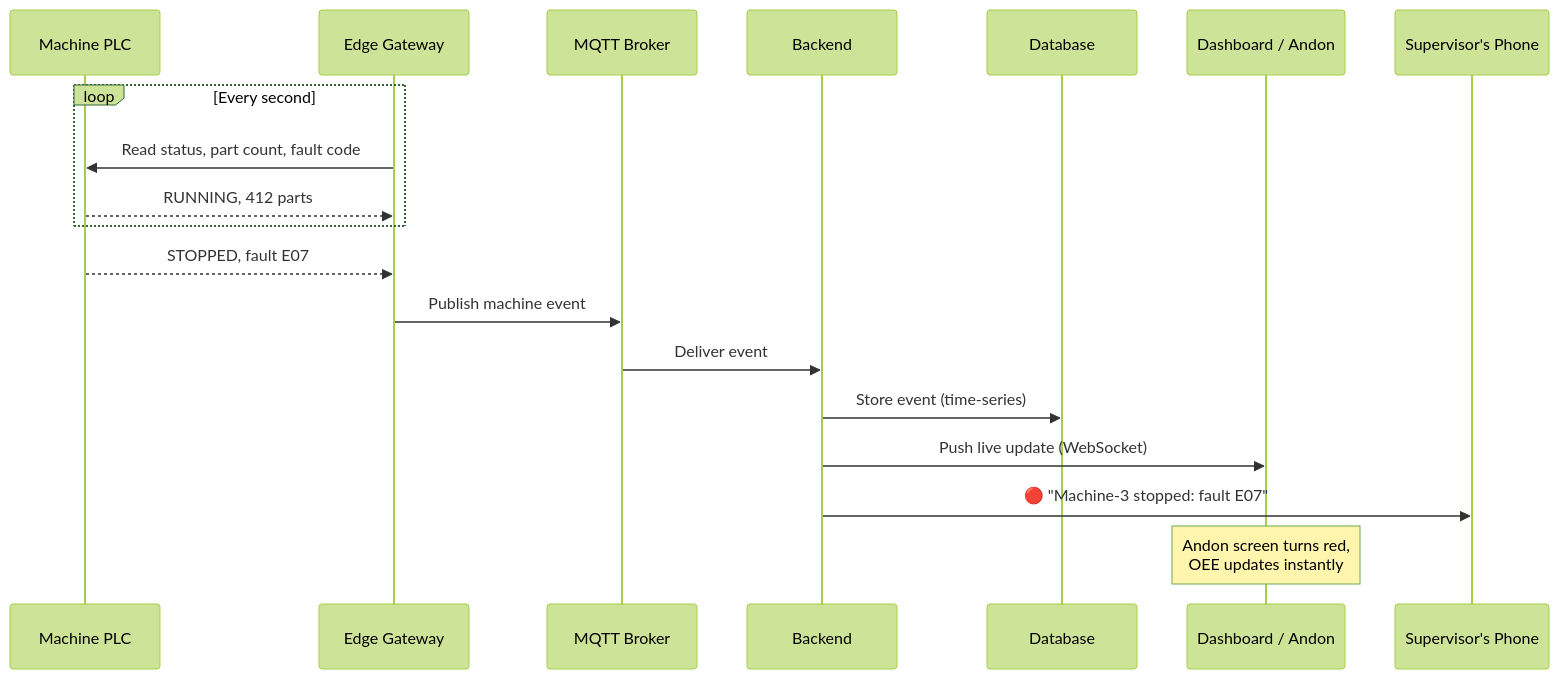
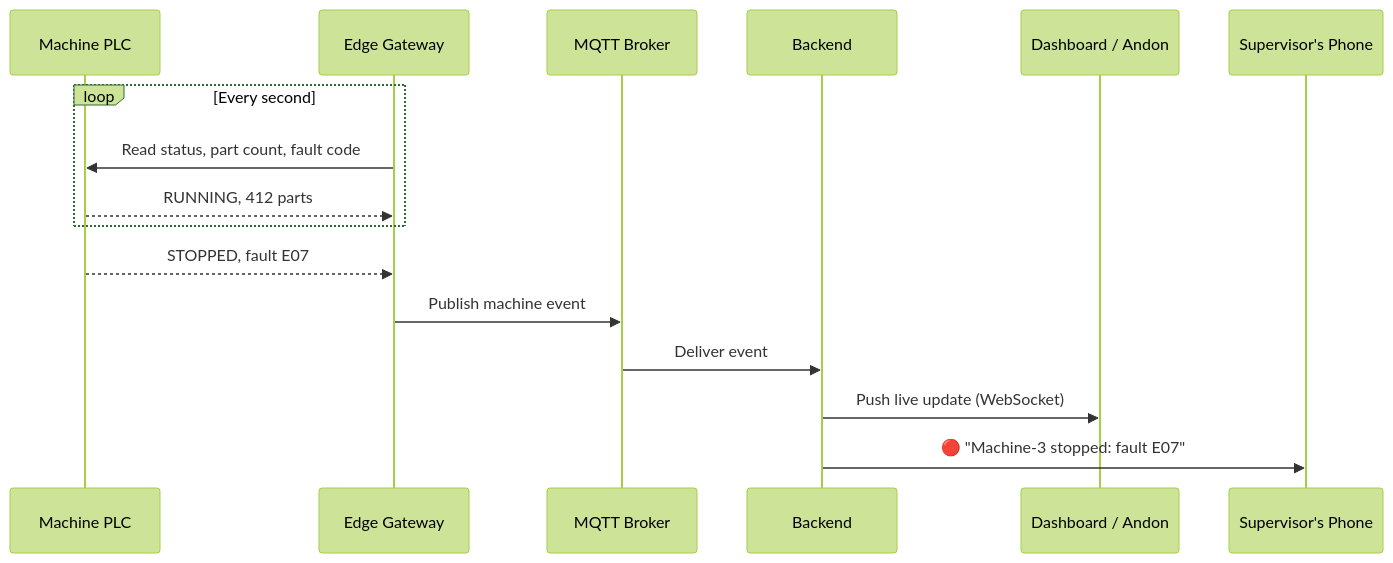
Before and after one commit to alpha-genba/alpha-genba: the fifth of 5 diagrams in README.md, drawn with Mermaid (forest theme). The commit also changed other lines of this file, not shown here.

````diff
--- a/README.md
+++ b/README.md
@@ -126,22 +218,19 @@
 ```mermaid
 sequenceDiagram
     participant PLC as Machine PLC
     participant GW as Edge Gateway
     participant MQ as MQTT Broker
     participant API as Backend
-    participant DB as Database
     participant UI as Dashboard / Andon
     participant P as Supervisor's Phone
 
     loop Every second
         GW->>PLC: Read status, part count, fault code
         PLC-->>GW: RUNNING, 412 parts
     end
     PLC-->>GW: STOPPED, fault E07
     GW->>MQ: Publish machine event
     MQ->>API: Deliver event
-    API->>DB: Store event (time-series)
     API->>UI: Push live update (WebSocket)
     API->>P: 🔴 "Machine-3 stopped: fault E07"
-    Note over UI: Andon screen turns red,<br/>OEE updates instantly
 ```
````
